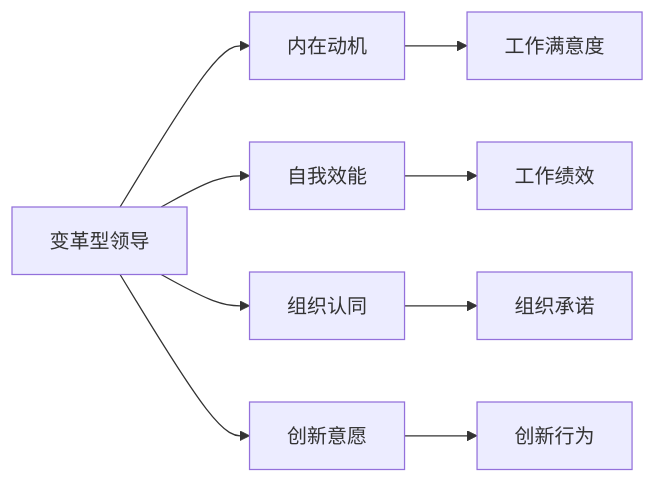
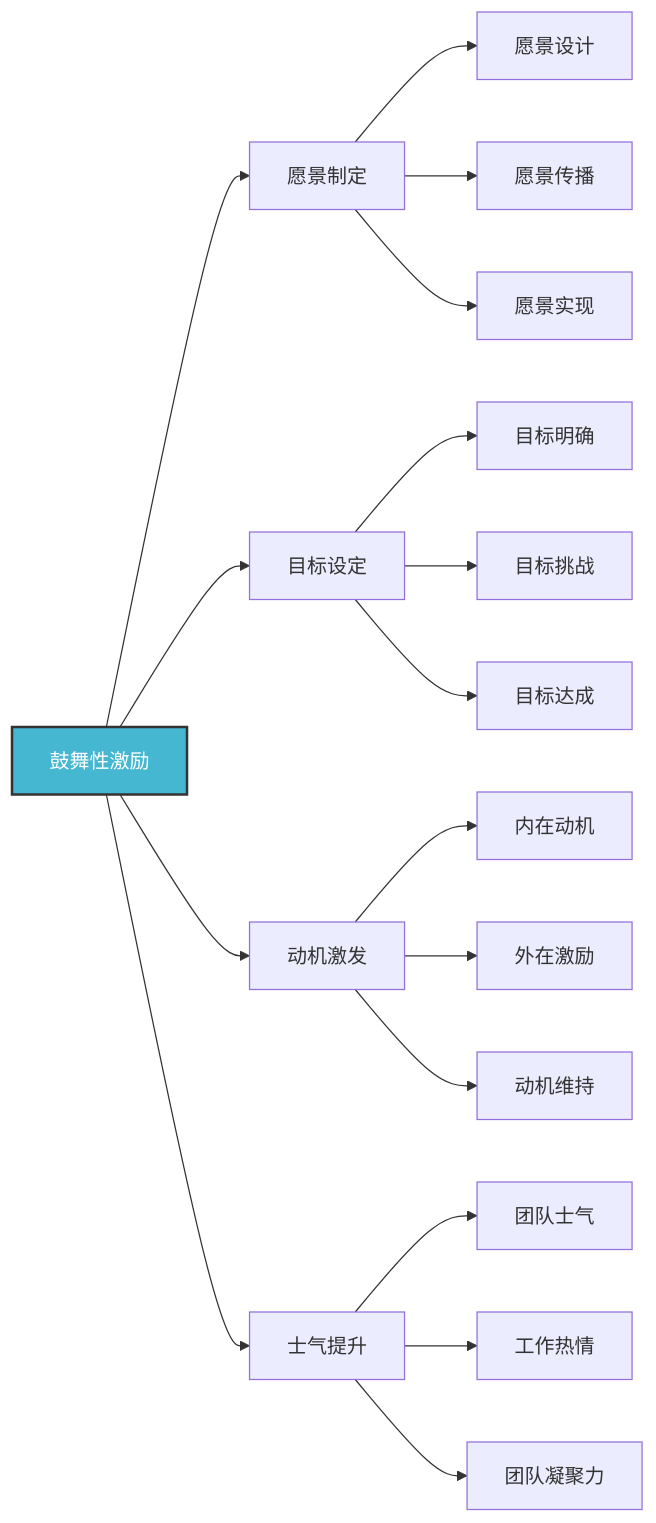
Before and after one commit to Anping2017/obsidian: the fourth of 8 diagrams in 企业领导力/02-理论理解层/现代领导理论/01-变革型领导.md, drawn with Mermaid. The commit also changed other lines of this file and 8 other files, not shown here.

````diff
--- a/企业领导力/02-理论理解层/现代领导理论/01-变革型领导.md
+++ b/企业领导力/02-理论理解层/现代领导理论/01-变革型领导.md
@@ -165,12 +109,25 @@
 ```mermaid
 graph LR
-    A[变革型领导] --> B[内在动机]
-    A --> C[自我效能]
-    A --> D[组织认同]
-    A --> E[创新意愿]
+    A[鼓舞性激励] --> B[愿景制定]
+    A --> C[目标设定]
+    A --> D[动机激发]
+    A --> E[士气提升]
     
-    B --> B1[工作满意度]
-    C --> C2[工作绩效]
-    D --> D3[组织承诺]
-    E --> E4[创新行为]
+    B --> B1[愿景设计]
+    B --> B2[愿景传播]
+    B --> B3[愿景实现]
+    
+    C --> C1[目标明确]
+    C --> C2[目标挑战]
+    C --> C3[目标达成]
+    
+    D --> D1[内在动机]
+    D --> D2[外在激励]
+    D --> D3[动机维持]
+    
+    E --> E1[团队士气]
+    E --> E2[工作热情]
+    E --> E3[团队凝聚力]
+    
+    style A fill:#45b7d1,stroke:#333,stroke-width:2px,color:#fff
 ```
````
